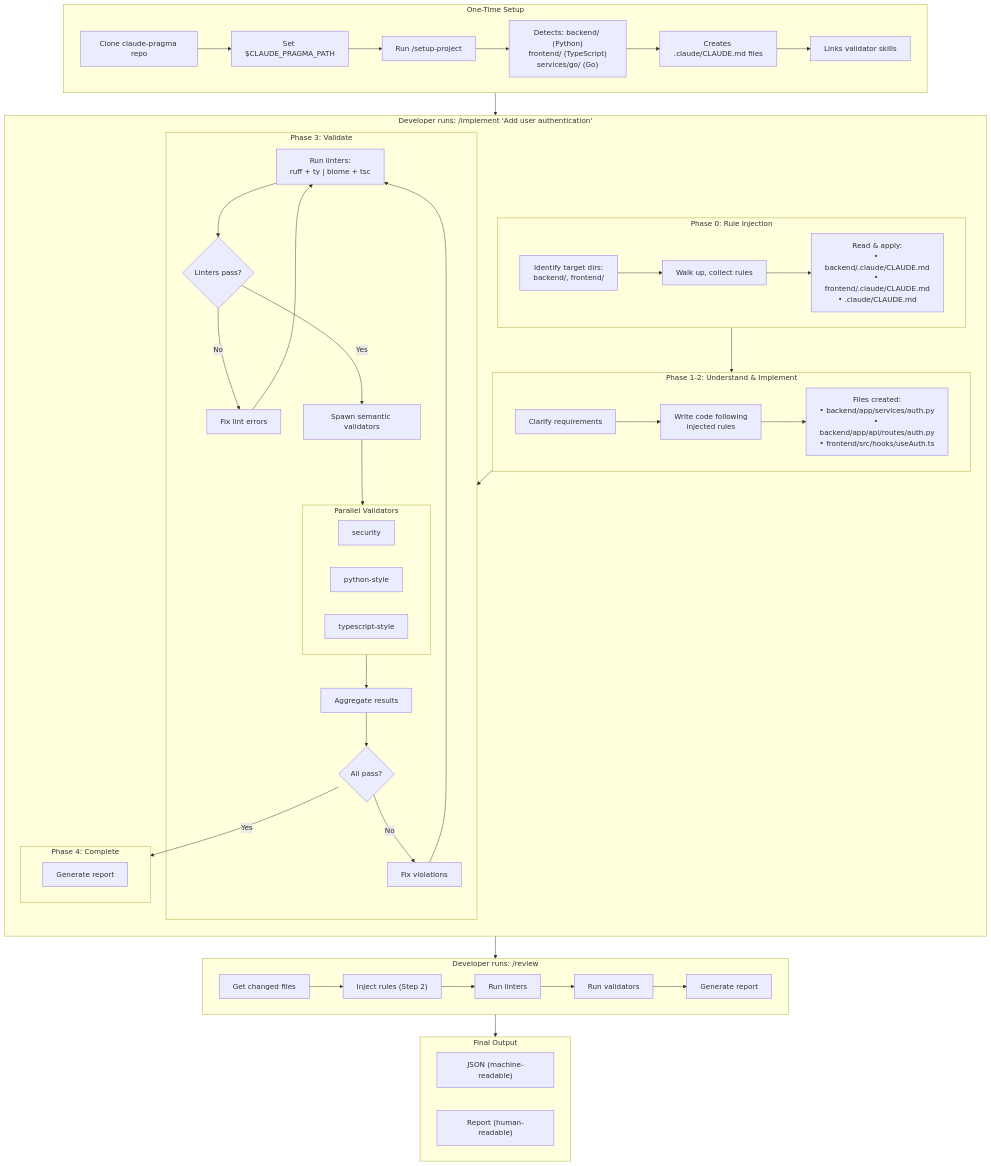
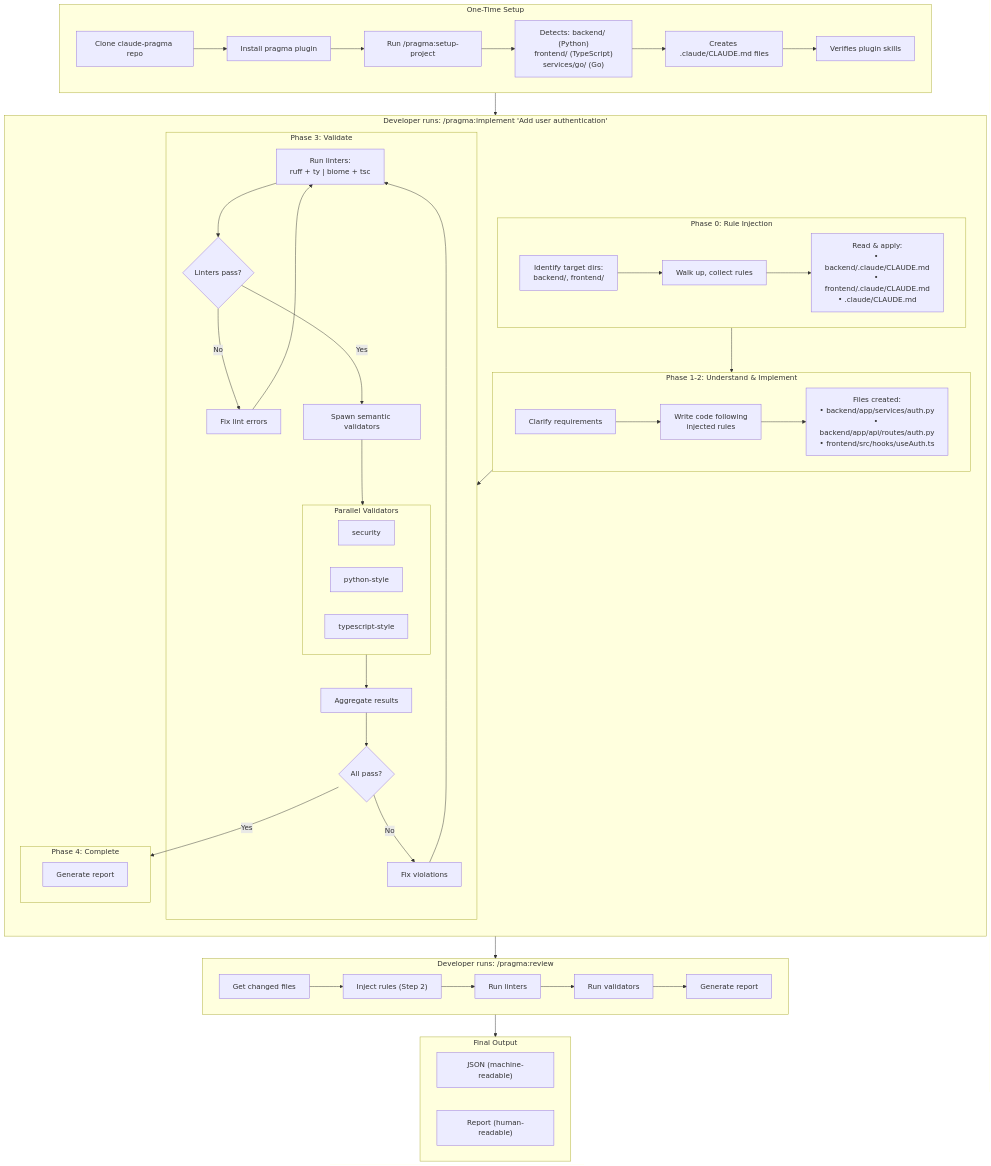
The first of 9 diagrams in ARCHITECTURE.md (peteski22/claude-pragma), drawn with Mermaid before and after one commit. The commit also changed other lines of this file and 77 other files, not shown here.

First line of the commit message:
Convert to Claude Code Plugin + Marketplace structure (#51)

````diff
--- a/ARCHITECTURE.md
+++ b/ARCHITECTURE.md
@@ -9,78 +9,78 @@
 ```mermaid
 flowchart TB
     subgraph Setup["One-Time Setup"]
         S1["Clone claude-pragma repo"]
-        S2["Set $CLAUDE_PRAGMA_PATH"]
-        S3["Run /setup-project"]
+        S2["Install pragma plugin"]
+        S3["Run /pragma:setup-project"]
         S1 --> S2 --> S3
         S3 --> S3a["Detects: backend/ (Python)<br/>frontend/ (TypeScript)<br/>services/go/ (Go)"]
         S3a --> S3b["Creates .claude/CLAUDE.md files"]
-        S3b --> S3c["Links validator skills"]
+        S3b --> S3c["Verifies plugin skills"]
     end
 
-    subgraph Implement["Developer runs: /implement 'Add user authentication'"]
+    subgraph Implement["Developer runs: /pragma:implement 'Add user authentication'"]
         direction TB
 
         subgraph P0["Phase 0: Rule Injection"]
             P0a["Identify target dirs:<br/>backend/, frontend/"]
             P0b["Walk up, collect rules"]
             P0c["Read & apply:<br/>• backend/.claude/CLAUDE.md<br/>• frontend/.claude/CLAUDE.md<br/>• .claude/CLAUDE.md"]
             P0a --> P0b --> P0c
         end
 
         subgraph P12["Phase 1-2: Understand & Implement"]
             P12a["Clarify requirements"]
             P12b["Write code following<br/>injected rules"]
             P12c["Files created:<br/>• backend/app/services/auth.py<br/>• backend/app/api/routes/auth.py<br/>• frontend/src/hooks/useAuth.ts"]
             P12a --> P12b --> P12c
         end
 
         subgraph P3["Phase 3: Validate"]
             P3a["Run linters:<br/>ruff + ty | biome + tsc"]
             P3b{Linters pass?}
             P3c["Fix lint errors"]
             P3d["Spawn semantic validators"]
 
             P3a --> P3b
             P3b -->|No| P3c --> P3a
             P3b -->|Yes| P3d
 
             subgraph Validators["Parallel Validators"]
                 V1["security"]
                 V2["python-style"]
                 V3["typescript-style"]
             end
 
             P3d --> Validators
             Validators --> P3e["Aggregate results"]
             P3e --> P3f{All pass?}
             P3f -->|No| P3g["Fix violations"]
             P3g --> P3a
         end
 
         subgraph P4["Phase 4: Complete"]
             P4a["Generate report"]
         end
 
         P0 --> P12 --> P3
         P3f -->|Yes| P4
     end
 
-    subgraph Review["Developer runs: /review"]
+    subgraph Review["Developer runs: /pragma:review"]
         R1["Get changed files"]
         R2["Inject rules (Step 2)"]
         R3["Run linters"]
         R4["Run validators"]
         R5["Generate report"]
         R1 --> R2 --> R3 --> R4 --> R5
     end
 
     subgraph Output["Final Output"]
         O1["JSON (machine-readable)"]
         O2["Report (human-readable)"]
     end
 
     Setup --> Implement
     Implement --> Review
     Review --> Output
 ```
````
